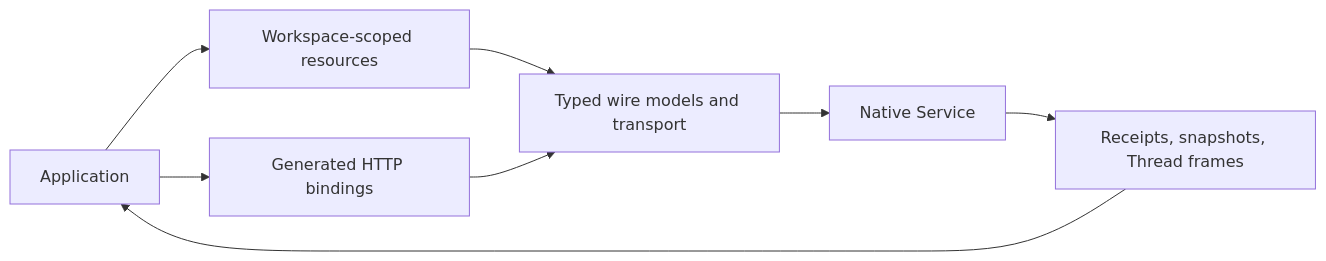
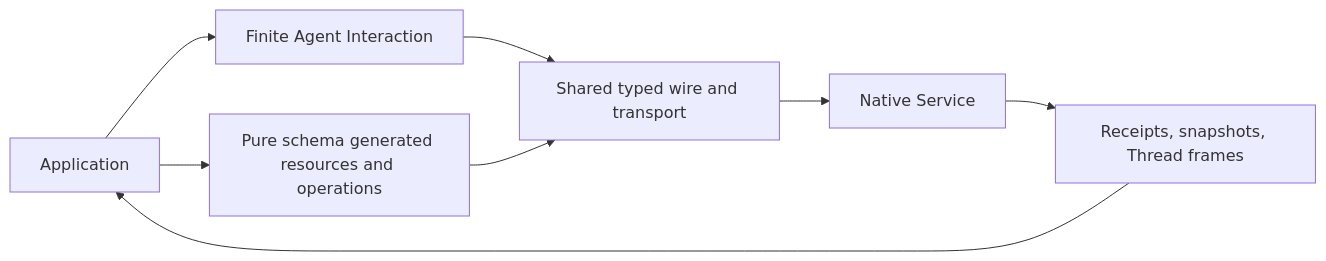
The diagram in spec/00-overview.md (converge-ai-labs/a13n-sdk-python), drawn with Mermaid before and after one commit. The commit also changed other lines of this file and 415 other files, not shown here.

First line of the commit message:
feat(sdk)!: add finite Agent interactions on the flat Native API (#29)

````diff
--- a/spec/00-overview.md
+++ b/spec/00-overview.md
@@ -17,10 +17,10 @@
 ```mermaid
 flowchart LR
-    App[Application] --> Resources[Workspace-scoped resources]
-    App --> Low[Generated HTTP bindings]
-    Resources --> Wire[Typed wire models and transport]
-    Low --> Wire
+    App[Application] --> Interaction[Finite Agent Interaction]
+    App --> Advanced[Pure schema generated resources and operations]
+    Interaction --> Wire[Shared typed wire and transport]
+    Advanced --> Wire
     Wire --> Service[Native Service]
     Service --> Evidence[Receipts, snapshots, Thread frames]
     Evidence --> App
 ```
````
